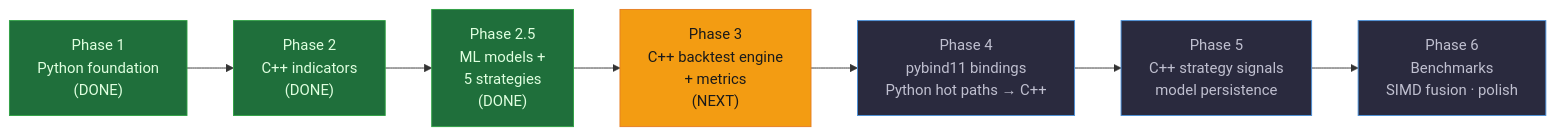
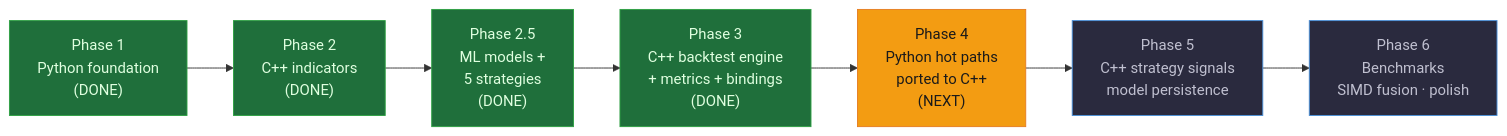
One commit to Alextz307/quantforge changed the fourth of 4 diagrams in README.md. Above: the diagram before and after it, drawn with Mermaid. The commit also changed other lines of this file and 5 other files, not shown here.

Commit message:
Add C++ benchmarks for BacktestEngine and MetricsCalculator

````diff
--- a/README.md
+++ b/README.md
@@ -247,14 +256,14 @@
 ```mermaid
 graph LR
     P1["Phase 1<br/>Python foundation<br/>(DONE)"]:::done
     P2["Phase 2<br/>C++ indicators<br/>(DONE)"]:::done
     P25["Phase 2.5<br/>ML models +<br/>5 strategies<br/>(DONE)"]:::done
-    P3["Phase 3<br/>C++ backtest engine<br/>+ metrics<br/>(NEXT)"]:::next
-    P4["Phase 4<br/>pybind11 bindings<br/>Python hot paths → C++"]:::planned
+    P3["Phase 3<br/>C++ backtest engine<br/>+ metrics + bindings<br/>(DONE)"]:::done
+    P4["Phase 4<br/>Python hot paths<br/>ported to C++<br/>(NEXT)"]:::next
     P5["Phase 5<br/>C++ strategy signals<br/>model persistence"]:::planned
     P6["Phase 6<br/>Benchmarks<br/>SIMD fusion · polish"]:::planned
     P1 --> P2 --> P25 --> P3 --> P4 --> P5 --> P6
     classDef done fill:#1f6f3b,color:#e0ffe0,stroke:#2ea043
     classDef next fill:#f39c12,color:#1a1a1a,stroke:#e67e22
     classDef planned fill:#2a2a3e,color:#c0c0d0,stroke:#4a90d9
 ```
````
